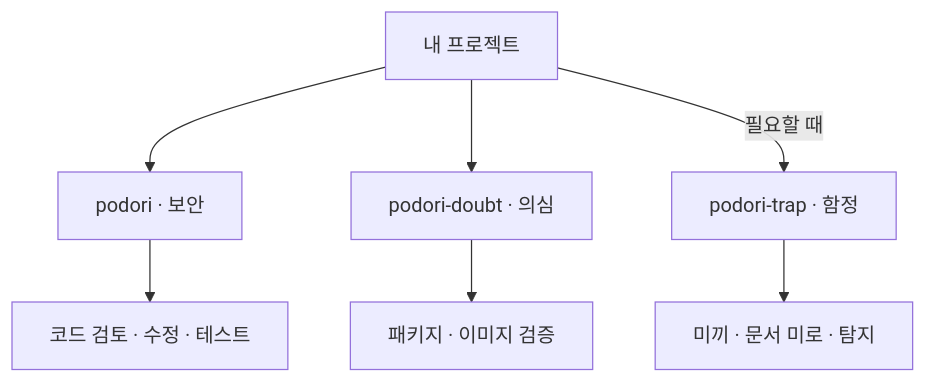
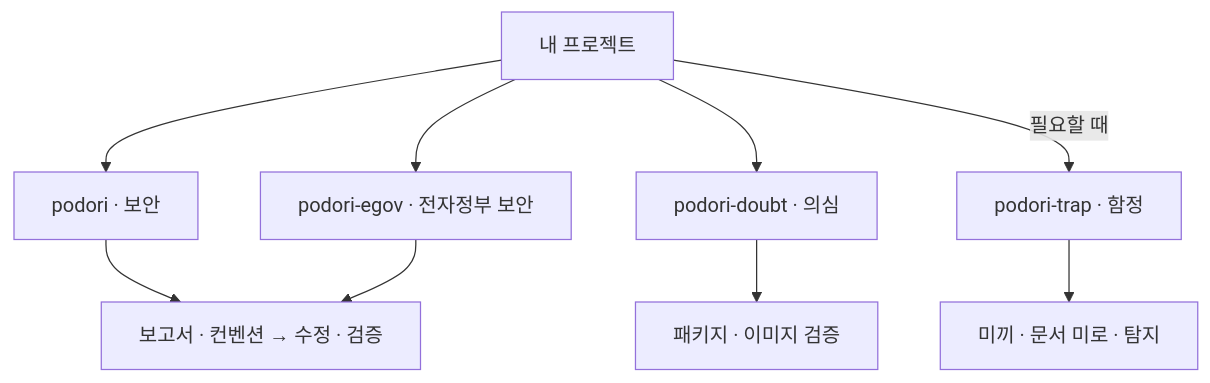
Before and after one commit to VerifiedIdiot/drosera: the diagram in README.md, drawn with Mermaid. The commit also changed other lines of this file and 37 other files, not shown here.

````diff
--- a/README.md
+++ b/README.md
@@ -71,10 +84,12 @@
 ```mermaid
 flowchart TD
     project["내 프로젝트"]
     project --> code["podori · 보안"]
+    project --> egov["podori-egov · 전자정부 보안"]
     project --> dependency["podori-doubt · 의심"]
     project -->|필요할 때| trap["podori-trap · 함정"]
-    code --> fix["코드 검토 · 수정 · 테스트"]
+    code --> fix["보고서 · 컨벤션 → 수정 · 검증"]
+    egov --> fix
     dependency --> verify["패키지 · 이미지 검증"]
     trap --> decoy["미끼 · 문서 미로 · 탐지"]
 ```
````
